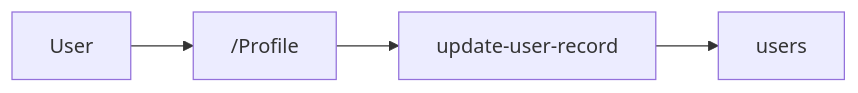
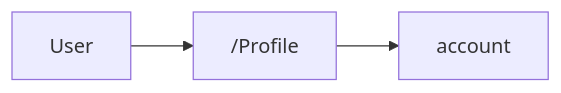
Before and after one commit to DACdigital/OpenBBC: the diagram in bbc-discovery/flow-map-compiler/skills/flow-map-compiler/tests/fixtures/sample-react/.flow-map/AGENTS.md, drawn with Mermaid. The commit also changed other lines of this file and 38 other files, not shown here.

First line of the commit message:
flow-map v2: realign discovery output (domain skills + endpoints) (#31)

````diff
--- a/bbc-discovery/flow-map-compiler/skills/flow-map-compiler/tests/fixtures/sample-react/.flow-map/AGENTS.md
+++ b/bbc-discovery/flow-map-compiler/skills/flow-map-compiler/tests/fixtures/sample-react/.flow-map/AGENTS.md
@@ -49,6 +43,5 @@
 ```mermaid
 flowchart LR
   User --> update_profile_E["/Profile"]
-  update_profile_E --> update_user_record_S[update-user-record]
-  update_user_record_S --> users_C[users]
+  update_profile_E --> s_account[account]
 ```
````
